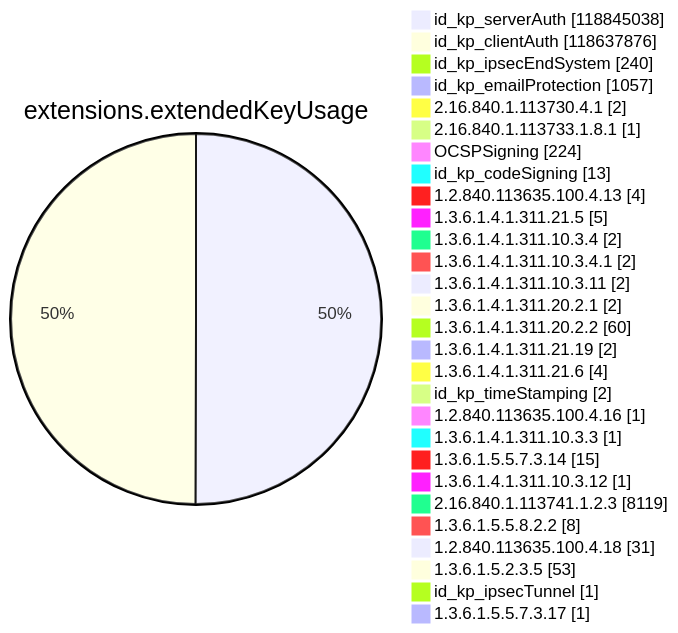
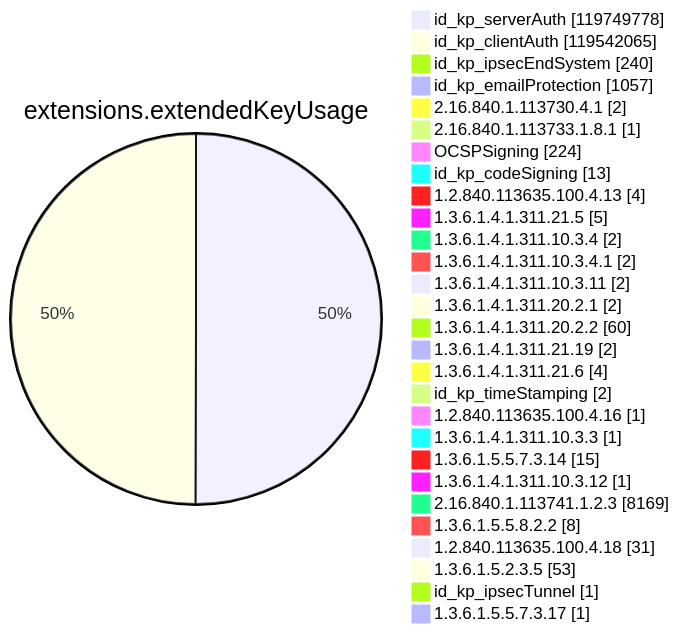
Diagram 11 of 15 in argon2023/README.md (christiankrug/ctmonitor_visualization), drawn with Mermaid before and after one commit. The commit also changed other lines of this file, not shown here.

````diff
--- a/argon2023/README.md
+++ b/argon2023/README.md
@@ -2686,32 +2689,32 @@
 ```mermaid
 pie showData
 title extensions.extendedKeyUsage
-"id_kp_serverAuth" :118845038
-"id_kp_clientAuth" :118637876
+"id_kp_serverAuth" :119749778
+"id_kp_clientAuth" :119542065
 "id_kp_ipsecEndSystem" :240
 "id_kp_emailProtection" :1057
 "2.16.840.1.113730.4.1" :2
 "2.16.840.1.113733.1.8.1" :1
 "OCSPSigning" :224
 "id_kp_codeSigning" :13
 "1.2.840.113635.100.4.13" :4
 "1.3.6.1.4.1.311.21.5" :5
 "1.3.6.1.4.1.311.10.3.4" :2
 "1.3.6.1.4.1.311.10.3.4.1" :2
 "1.3.6.1.4.1.311.10.3.11" :2
 "1.3.6.1.4.1.311.20.2.1" :2
 "1.3.6.1.4.1.311.20.2.2" :60
 "1.3.6.1.4.1.311.21.19" :2
 "1.3.6.1.4.1.311.21.6" :4
 "id_kp_timeStamping" :2
 "1.2.840.113635.100.4.16" :1
 "1.3.6.1.4.1.311.10.3.3" :1
 "1.3.6.1.5.5.7.3.14" :15
 "1.3.6.1.4.1.311.10.3.12" :1
-"2.16.840.1.113741.1.2.3" :8119
+"2.16.840.1.113741.1.2.3" :8169
 "1.3.6.1.5.5.8.2.2" :8
 "1.2.840.113635.100.4.18" :31
 "1.3.6.1.5.2.3.5" :53
 "id_kp_ipsecTunnel" :1
 "1.3.6.1.5.5.7.3.17" :1
 ```
````
